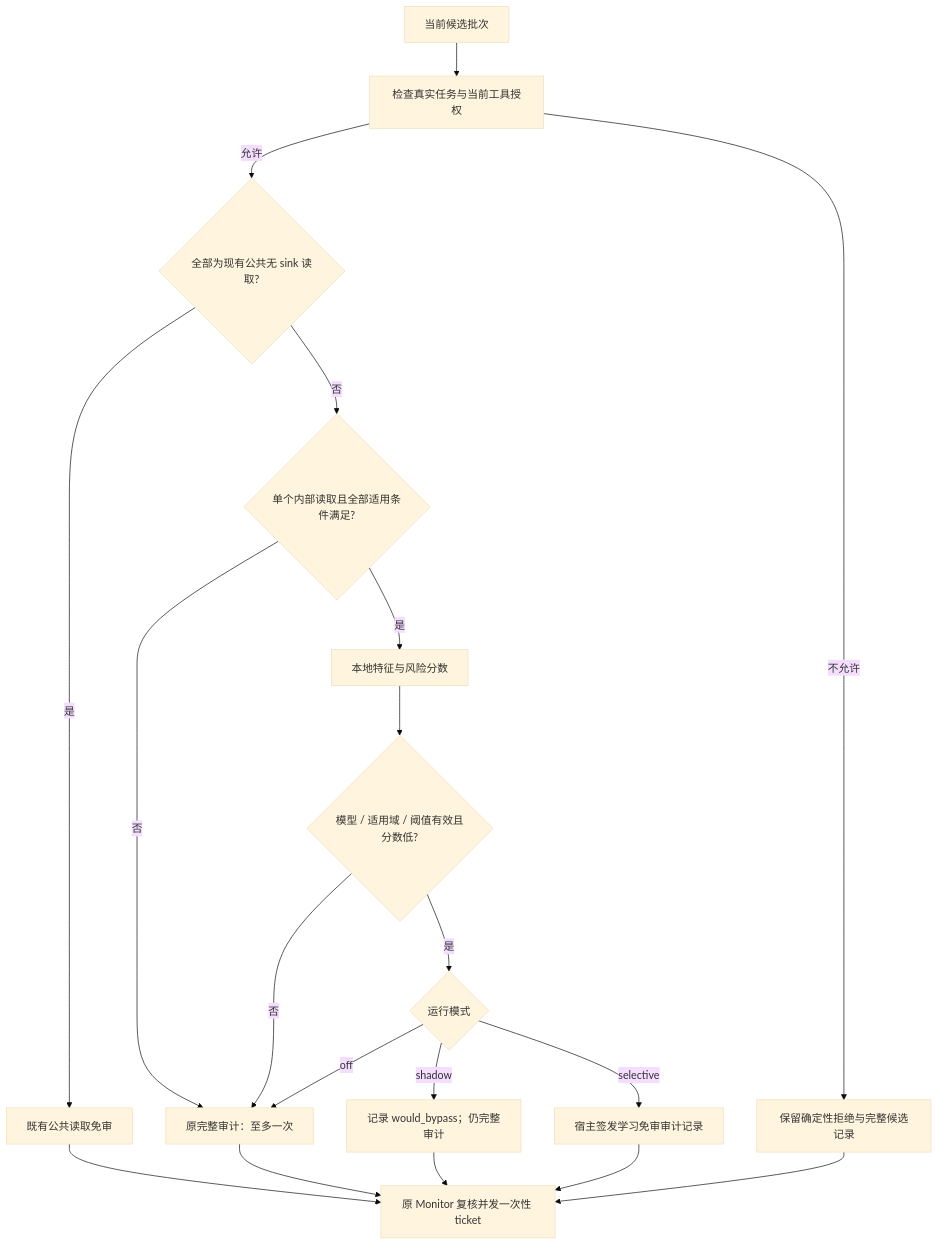
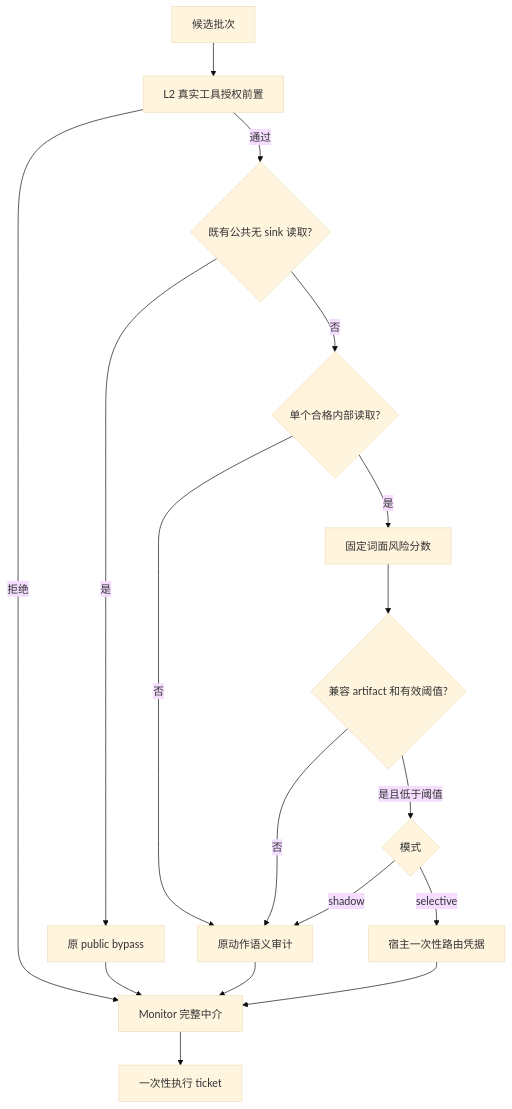
The diagram in workshop/L3_checker_opt.md (Walker-luo/DSCG), drawn with Mermaid (base theme) before and after one commit. The commit also changed other lines of this file and 62 other files, not shown here.

````diff
--- a/workshop/L3_checker_opt.md
+++ b/workshop/L3_checker_opt.md
@@ -74,21 +11,19 @@
 ```mermaid
 flowchart TD
-    C[当前候选批次] --> P[检查真实任务与当前工具授权]
-    P -->|不允许| D[保留确定性拒绝与完整候选记录]
-    P -->|允许| R{全部为现有公共无 sink 读取?}
-    R -->|是| B[既有公共读取免审]
-    R -->|否| E{单个内部读取且全部适用条件满足?}
-    E -->|否| A[原完整审计：至多一次]
-    E -->|是| F[本地特征与风险分数]
-    F --> G{模型 / 适用域 / 阈值有效且分数低?}
-    G -->|否| A
-    G -->|是| H{运行模式}
-    H -->|shadow| S[记录 would_bypass；仍完整审计]
-    H -->|selective| L[宿主签发学习免审审计记录]
-    H -->|off| A
-    B --> M[原 Monitor 复核并发一次性 ticket]
-    A --> M
-    S --> M
-    L --> M
-    D --> M
+  C[候选批次] --> L2[L2 真实工具授权前置]
+  L2 -->|拒绝| M[Monitor 完整中介]
+  L2 -->|通过| P{既有公共无 sink 读取?}
+  P -->|是| B[原 public bypass]
+  P -->|否| E{单个合格内部读取?}
+  E -->|否| A[原动作语义审计]
+  E -->|是| S[固定词面风险分数]
+  S --> T{兼容 artifact 和有效阈值?}
+  T -->|否| A
+  T -->|是且低于阈值| R{模式}
+  R -->|shadow| A
+  R -->|selective| H[宿主一次性路由凭据]
+  H --> M
+  A --> M
+  B --> M
+  M --> X[一次性执行 ticket]
 ```
````
